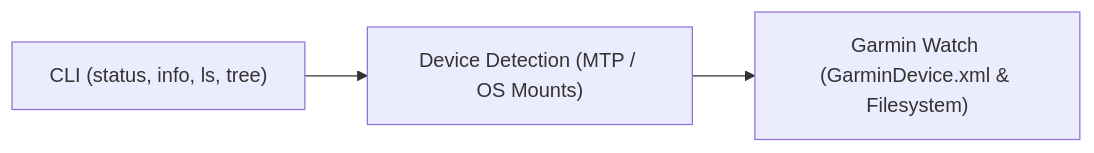
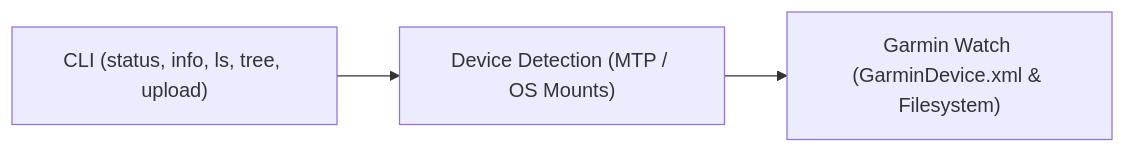
The diagram in specs/constitution.md (jvanheerikhuize/garmin-connector), drawn with Mermaid before and after one commit. The commit also changed other lines of this file and 6 other files, not shown here.

First line of the commit message:
feat(cli): add course upload spec and documentation

````diff
--- a/specs/constitution.md
+++ b/specs/constitution.md
@@ -60,4 +64,4 @@
 ```mermaid
 flowchart LR
-    CLI["CLI (status, info, ls, tree)"] --> Detector["Device Detection (MTP / OS Mounts)"] --> Watch["Garmin Watch (GarminDevice.xml & Filesystem)"]
+    CLI["CLI (status, info, ls, tree, upload)"] --> Detector["Device Detection (MTP / OS Mounts)"] --> Watch["Garmin Watch (GarminDevice.xml & Filesystem)"]
 ```
````
